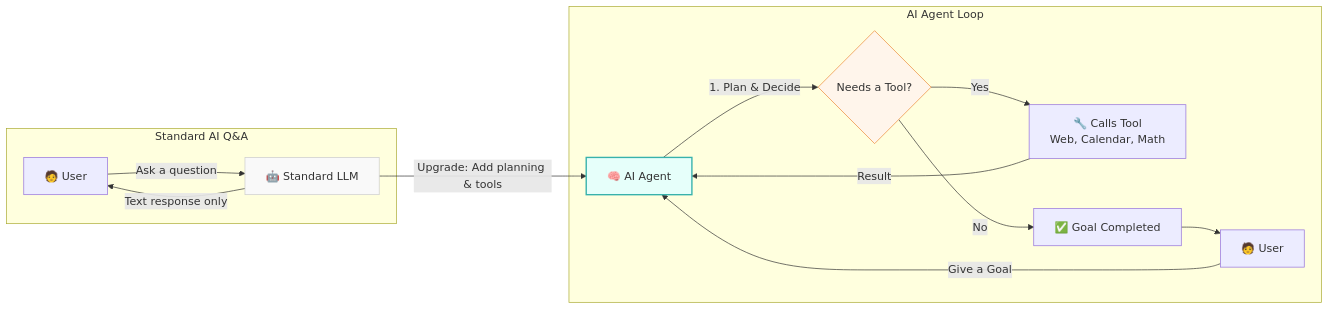
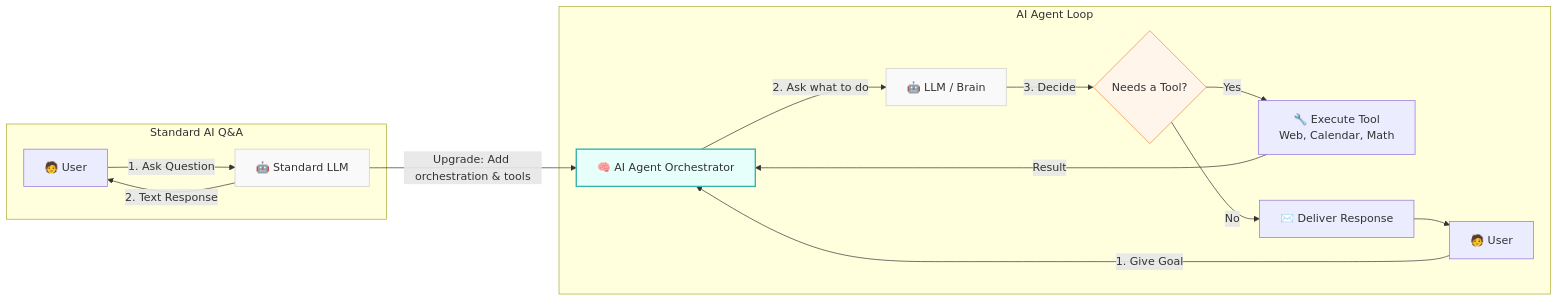
The first of 6 diagrams in evals_framework_laymans_guide.md (vdonthireddy/evals-framework), drawn with Mermaid before and after one commit. The commit also changed 1 other file, not shown here.

Commit message:
Fix multi-turn evaluation bug in pytest fixture & correct agent loop diagram

````diff
--- a/evals_framework_laymans_guide.md
+++ b/evals_framework_laymans_guide.md
@@ -19,22 +19,26 @@
 ```mermaid
 graph LR
     subgraph A [Standard AI Q&A]
-        User1[🧑 User] -->|"Ask a question"| LLM1[🤖 Standard LLM]
-        LLM1 -->|"Text response only"| User1
+        User1[🧑 User] -->|"1. Ask Question"| LLM1[🤖 Standard LLM]
+        LLM1 -->|"2. Text Response"| User1
     end
 
-    LLM1 -->|"Upgrade: Add planning & tools"| Agent
-
     subgraph B [AI Agent Loop]
-        User2[🧑 User] -->|"Give a Goal"| Agent[🧠 AI Agent]
-        Agent -->|"1. Plan & Decide"| ToolCall{Needs a Tool?}
-        ToolCall -->|Yes| Tool[🔧 Calls Tool<br/>Web, Calendar, Math]
+        User2[🧑 User] -->|"1. Give Goal"| Agent[🧠 AI Agent Orchestrator]
+        Agent -->|"2. Ask what to do"| LLM[🤖 LLM / Brain]
+        LLM -->|"3. Decide"| Decision{Needs a Tool?}
+        
+        Decision -->|Yes| Tool[🔧 Execute Tool<br/>Web, Calendar, Math]
         Tool -->|Result| Agent
-        ToolCall -->|No| FinalResult[✅ Goal Completed]
-        FinalResult --> User2
+        
+        Decision -->|No| Respond[✉️ Deliver Response]
+        Respond --> User2
     end
 
+    LLM1 -->|"Upgrade: Add orchestration & tools"| Agent
+
     style LLM1 fill:#f9f9f9,stroke:#ccc
+    style LLM fill:#f9f9f9,stroke:#ccc
     style Agent fill:#e6fffa,stroke:#38b2ac,stroke-width:2px
-    style ToolCall fill:#fff5eb,stroke:#ed8936
+    style Decision fill:#fff5eb,stroke:#ed8936
 ```
````
